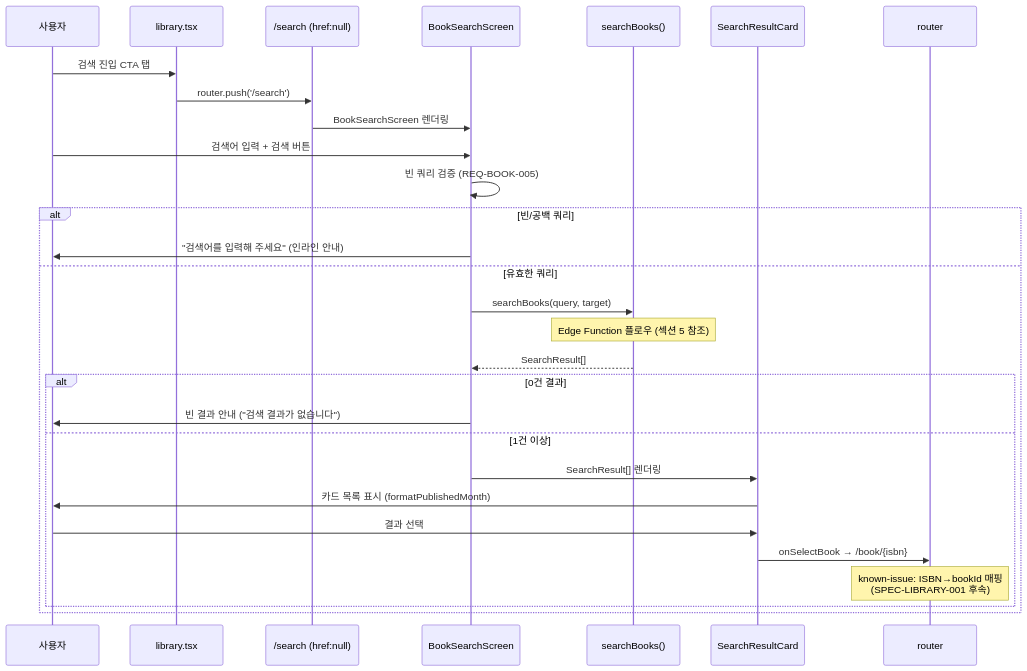
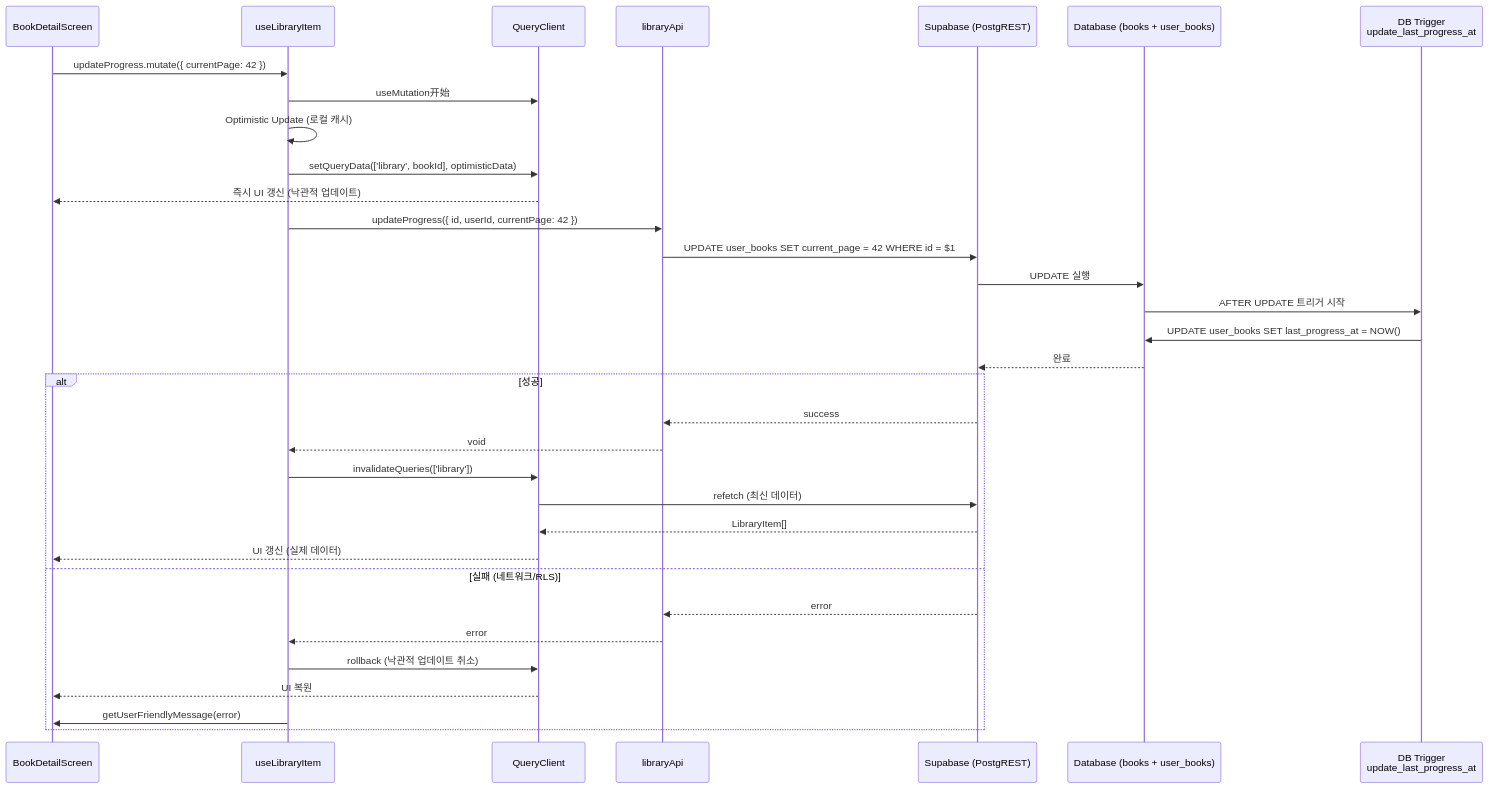
The sixth of 8 diagrams in .moai/project/codemaps/data-flow.md (ip9202/sagak), drawn with Mermaid before and after one commit. The commit also changed other lines of this file and 4 other files, not shown here.

````diff
--- a/.moai/project/codemaps/data-flow.md
+++ b/.moai/project/codemaps/data-flow.md
@@ -637,35 +365,38 @@
 ```mermaid
 sequenceDiagram
-    participant User as 사용자
-    participant Lib as library.tsx
-    participant Route as /search (href:null)
-    participant UI as BookSearchScreen
-    participant API as searchBooks()
-    participant Card as SearchResultCard
-    participant Nav as router
+    participant UI as BookDetailScreen
+    participant Hook as useLibraryItem
+    participant QueryClient as QueryClient
+    participant API as libraryApi
+    participant Supabase as Supabase (PostgREST)
+    participant DB as Database (books + user_books)
+    participant Trigger as DB Trigger<br/>update_last_progress_at
 
-    User->>Lib: 검색 진입 CTA 탭
-    Lib->>Route: router.push('/search')
-    Route->>UI: BookSearchScreen 렌더링
+    UI->>Hook: updateProgress.mutate({ currentPage: 42 })
+    Hook->>QueryClient: useMutation开始
+    Hook->>Hook: Optimistic Update (로컬 캐시)
+    Hook->>QueryClient: setQueryData(['library', bookId], optimisticData)
+    QueryClient-->>UI: 즉시 UI 갱신 (낙관적 업데이트)
 
-    User->>UI: 검색어 입력 + 검색 버튼
-    UI->>UI: 빈 쿼리 검증 (REQ-BOOK-005)
-    
-    alt 빈/공백 쿼리
-        UI->>User: "검색어를 입력해 주세요" (인라인 안내)
-    else 유효한 쿼리
-        UI->>API: searchBooks(query, target)
-        Note over API: Edge Function 플로우 (섹션 5 참조)
-        API-->>UI: SearchResult[]
-        
-        alt 0건 결과
-            UI->>User: 빈 결과 안내 ("검색 결과가 없습니다")
-        else 1건 이상
-            UI->>Card: SearchResult[] 렌더링
-            Card->>User: 카드 목록 표시 (formatPublishedMonth)
-            User->>Card: 결과 선택
-            Card->>Nav: onSelectBook → /book/{isbn}
-            Note over Nav: known-issue: ISBN→bookId 매핑<br/>(SPEC-LIBRARY-001 후속)
-        end
+    Hook->>API: updateProgress({ id, userId, currentPage: 42 })
+    API->>Supabase: UPDATE user_books SET current_page = 42 WHERE id = $1
+    Supabase->>DB: UPDATE 실행
+    DB->>Trigger: AFTER UPDATE 트리거 시작
+    Trigger->>DB: UPDATE user_books SET last_progress_at = NOW()
+    DB-->>Supabase: 완료
+
+    alt 성공
+        Supabase-->>API: success
+        API-->>Hook: void
+        Hook->>QueryClient: invalidateQueries(['library'])
+        QueryClient->>Supabase: refetch (최신 데이터)
+        Supabase-->>QueryClient: LibraryItem[]
+        QueryClient-->>UI: UI 갱신 (실제 데이터)
+    else 실패 (네트워크/RLS)
+        Supabase-->>API: error
+        API-->>Hook: error
+        Hook->>QueryClient: rollback (낙관적 업데이트 취소)
+        QueryClient-->>UI: UI 복원
+        Hook->>UI: getUserFriendlyMessage(error)
     end
 ```
````
